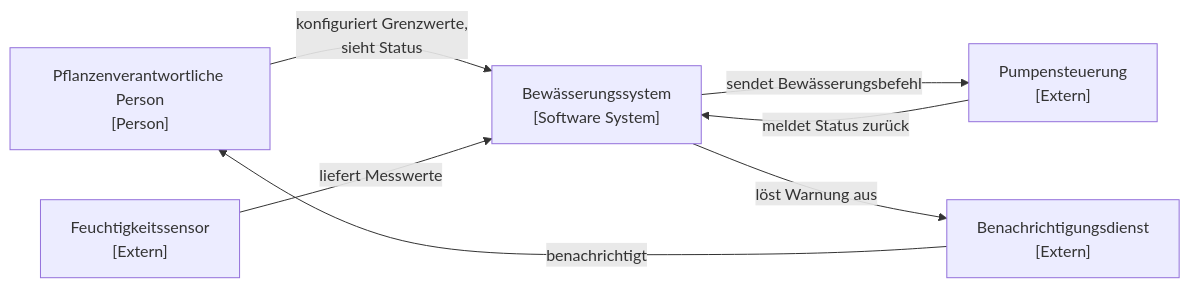
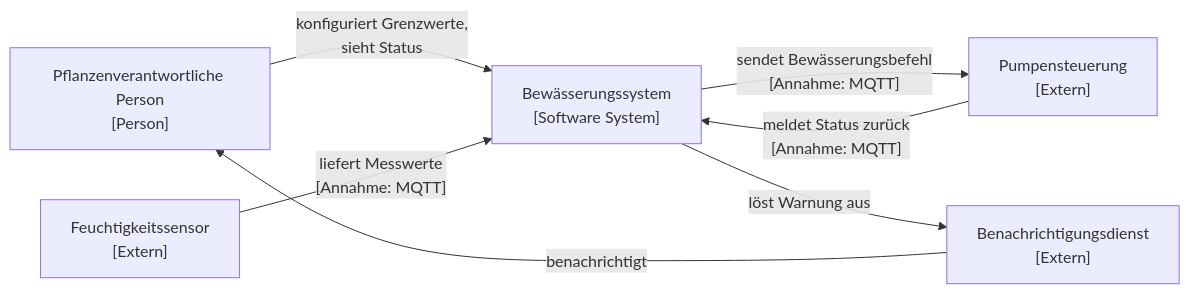
The fourth of 7 diagrams in slides-ai/slides.md (Gepardec/tkud-training), drawn with Mermaid before and after one commit. The commit also changed other lines of this file and 1 other file, not shown here.

Commit message:
Show technology assumptions on slide 24 context view
Add [Annahme: MQTT] labels to sensor and pump relationships, matching the
MCP export of demo/structurizr/workspace.dsl.

````diff
--- a/slides-ai/slides.md
+++ b/slides-ai/slides.md
@@ -536,14 +536,14 @@
 ```mermaid
 flowchart LR
   P["Pflanzenverantwortliche Person<br/>[Person]"]
   B["Bewässerungssystem<br/>[Software System]"]
   S["Feuchtigkeitssensor<br/>[Extern]"]
   PU["Pumpensteuerung<br/>[Extern]"]
   N["Benachrichtigungsdienst<br/>[Extern]"]
   P -- "konfiguriert Grenzwerte,<br/>sieht Status" --> B
-  S -- "liefert Messwerte" --> B
-  B -- "sendet Bewässerungsbefehl" --> PU
-  PU -- "meldet Status zurück" --> B
+  S -- "liefert Messwerte<br/>[Annahme: MQTT]" --> B
+  B -- "sendet Bewässerungsbefehl<br/>[Annahme: MQTT]" --> PU
+  PU -- "meldet Status zurück<br/>[Annahme: MQTT]" --> B
   B -- "löst Warnung aus" --> N
   N -- "benachrichtigt" --> P
 ```
````
